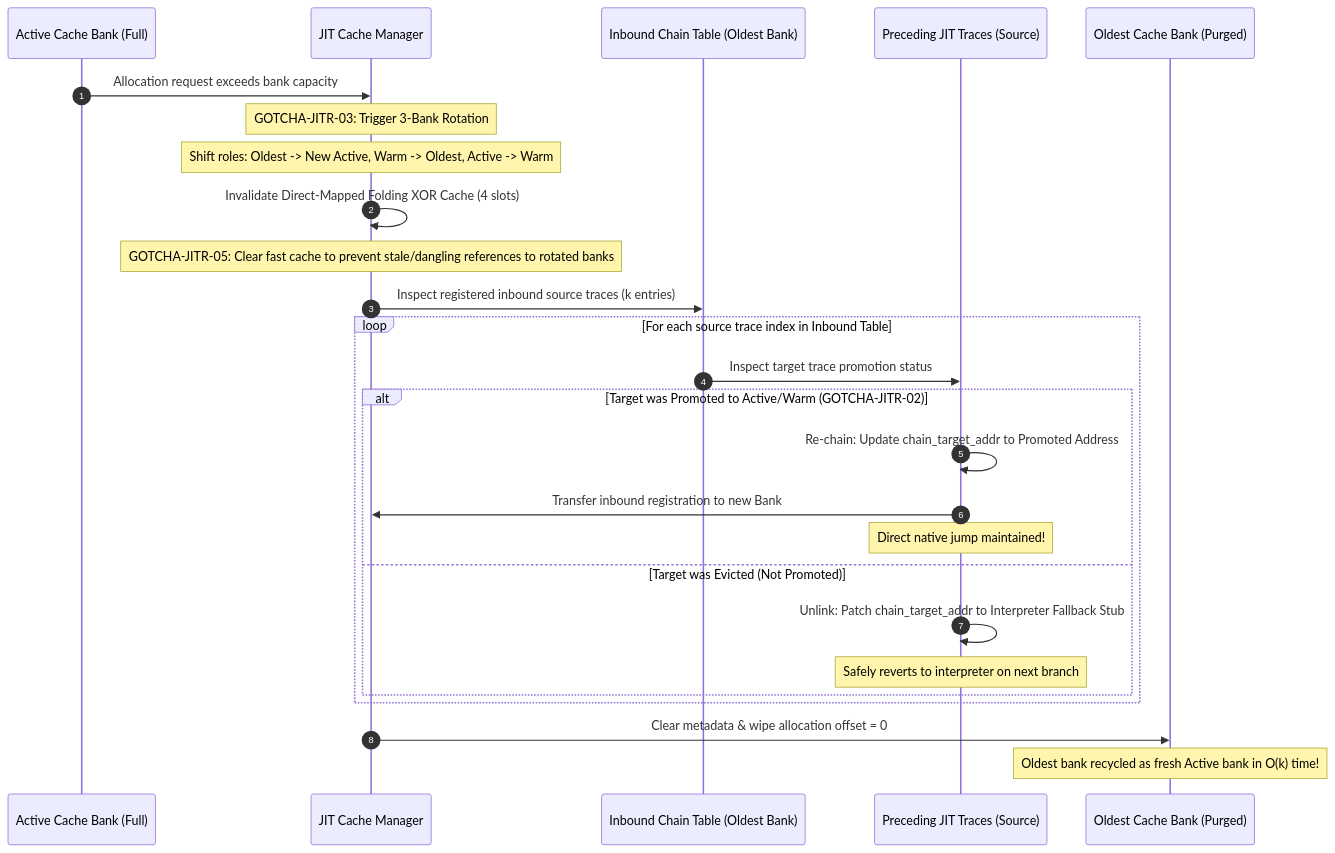
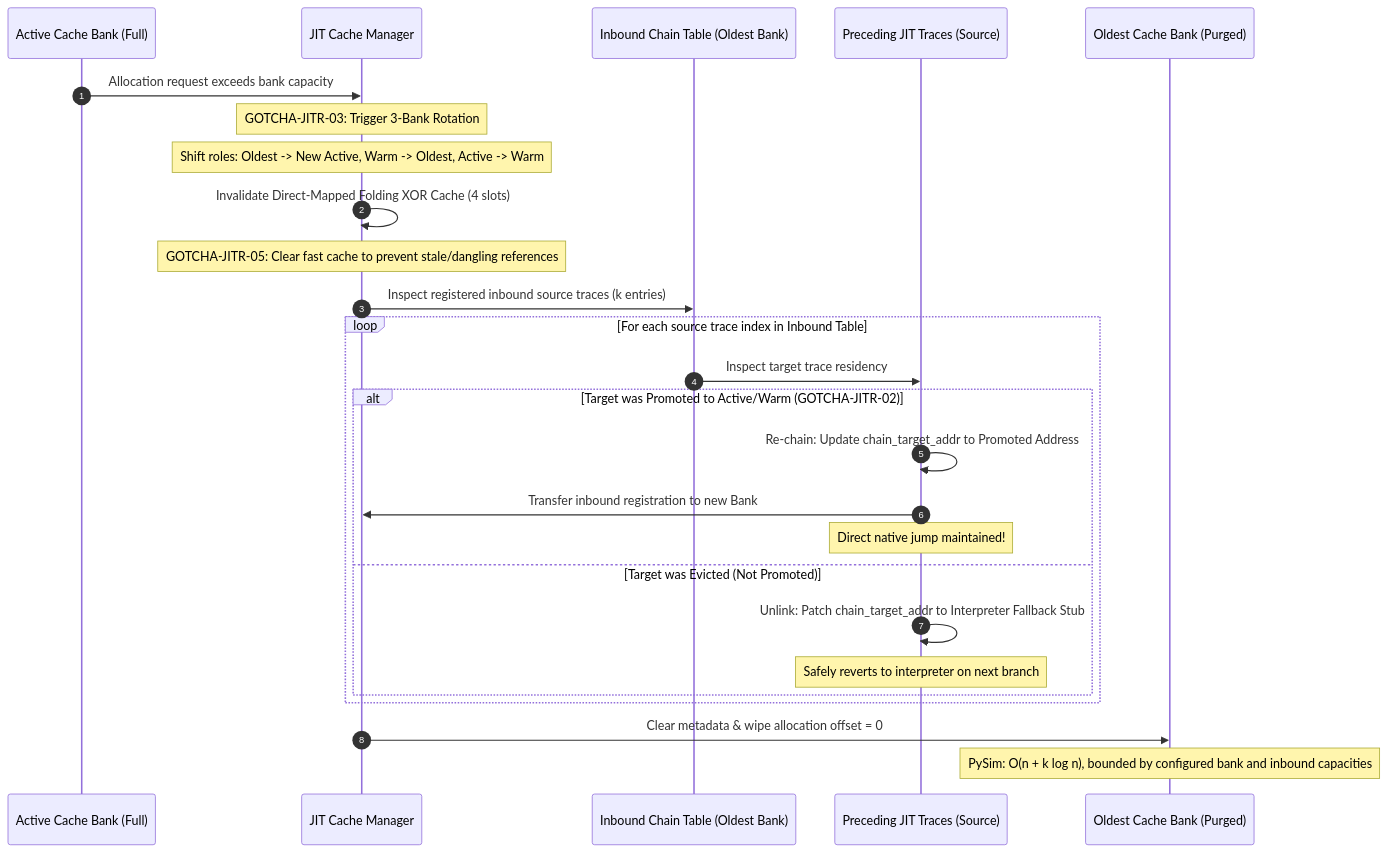
One commit to kmt-t/fireball changed the third of 5 diagrams in docs/components/tier3_jit/jit_runtime.md. Above: the diagram before and after it, drawn with Mermaid. The commit also changed other lines of this file and 208 other files, not shown here.

Commit message:
Refactor project architecture and simplify implementation

````diff
--- a/docs/components/tier3_jit/jit_runtime.md
+++ b/docs/components/tier3_jit/jit_runtime.md
@@ -115,32 +129,32 @@
 ```mermaid
 sequenceDiagram
     autonumber
     participant Active as Active Cache Bank (Full)
     participant Mgr as JIT Cache Manager
     participant Inbound as Inbound Chain Table (Oldest Bank)
     participant Source as Preceding JIT Traces (Source)
     participant Oldest as Oldest Cache Bank (Purged)
 
     Active->>Mgr: Allocation request exceeds bank capacity
     Note over Mgr: GOTCHA-JITR-03: Trigger 3-Bank Rotation
     Note over Mgr: Shift roles: Oldest -> New Active, Warm -> Oldest, Active -> Warm
 
     Mgr->>Mgr: Invalidate Direct-Mapped Folding XOR Cache (4 slots)
-    Note over Mgr: GOTCHA-JITR-05: Clear fast cache to prevent stale/dangling references to rotated banks
+    Note over Mgr: GOTCHA-JITR-05: Clear fast cache to prevent stale/dangling references
 
     Mgr->>Inbound: Inspect registered inbound source traces (k entries)
     loop For each source trace index in Inbound Table
-        Inbound->>Source: Inspect target trace promotion status
+        Inbound->>Source: Inspect target trace residency
         alt Target was Promoted to Active/Warm (GOTCHA-JITR-02)
             Source->>Source: Re-chain: Update chain_target_addr to Promoted Address
             Source->>Mgr: Transfer inbound registration to new Bank
             Note over Source: Direct native jump maintained!
         else Target was Evicted (Not Promoted)
             Source->>Source: Unlink: Patch chain_target_addr to Interpreter Fallback Stub
             Note over Source: Safely reverts to interpreter on next branch
         end
     end
 
     Mgr->>Oldest: Clear metadata & wipe allocation offset = 0
-    Note over Oldest: Oldest bank recycled as fresh Active bank in O(k) time!
+    Note over Oldest: PySim: O(n + k log n), bounded by configured bank and inbound capacities
 ```
````
